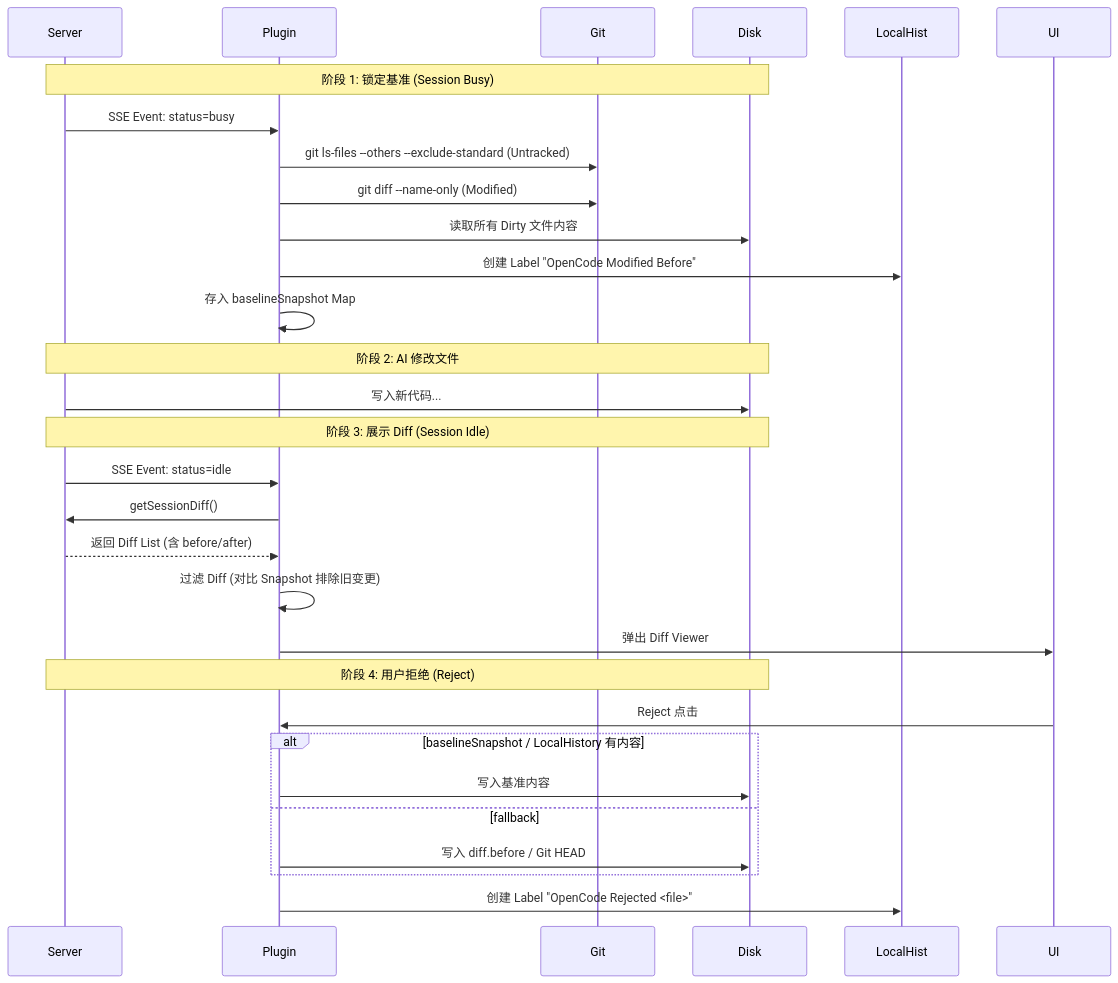
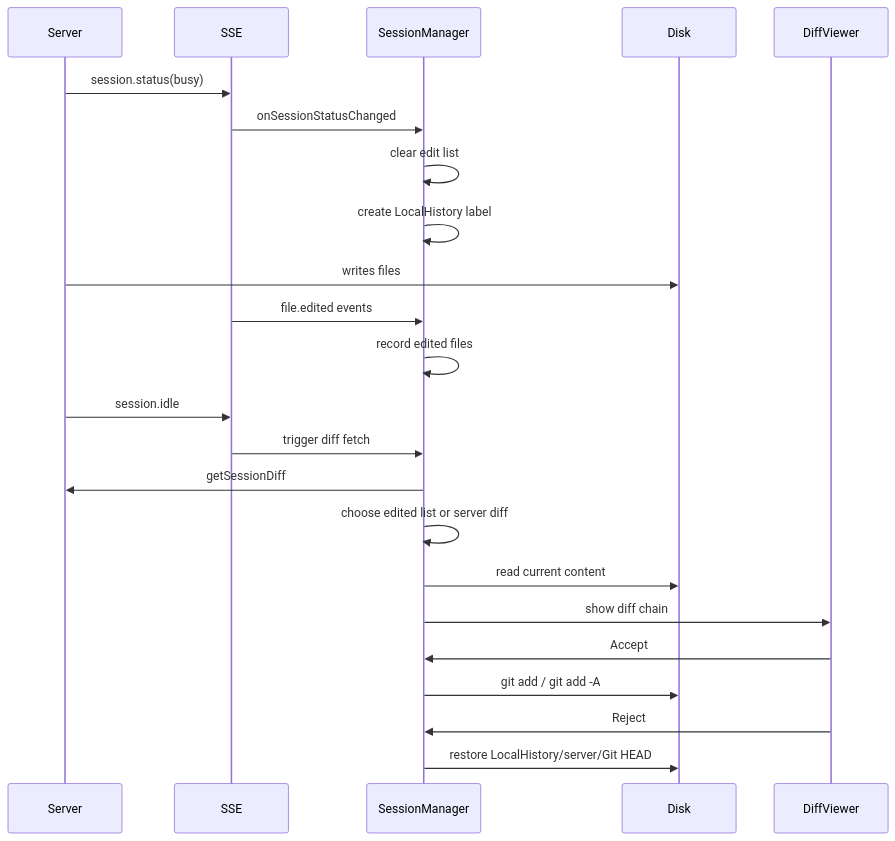
The second of 2 diagrams in designDocs/diff_feature_plan.md (LaiZhou/OpenCode_UI), drawn with Mermaid before and after one commit. The commit also changed other lines of this file and 5 other files, not shown here.

````diff
--- a/designDocs/diff_feature_plan.md
+++ b/designDocs/diff_feature_plan.md
@@ -109,36 +65,30 @@
 ```mermaid
 sequenceDiagram
     participant Server
-    participant Plugin
-    participant Git
+    participant SSE
+    participant SM as SessionManager
     participant Disk
+    participant Diff as DiffViewer
 
-    Note over Server, Disk: 阶段 1: 锁定基准 (Session Busy)
-    Server->>Plugin: SSE Event: status=busy
-    Plugin->>Git: git ls-files --others --exclude-standard (Untracked)
-    Plugin->>Git: git diff --name-only (Modified)
-    Plugin->>Disk: 读取所有 Dirty 文件内容
-Plugin->>LocalHist: 创建 Label "OpenCode Modified Before"
-Plugin->>Plugin: 存入 baselineSnapshot Map
+    Server->>SSE: session.status(busy)
+    SSE->>SM: onSessionStatusChanged
+    SM->>SM: clear edit list
+    SM->>SM: create LocalHistory label
 
+    Server->>Disk: writes files
+    SSE->>SM: file.edited events
+    SM->>SM: record edited files
 
-    Note over Server, Disk: 阶段 2: AI 修改文件
-    Server->>Disk: 写入新代码...
-    
-    Note over Server, Disk: 阶段 3: 展示 Diff (Session Idle)
-    Server->>Plugin: SSE Event: status=idle
-    Plugin->>Server: getSessionDiff()
-    Server-->>Plugin: 返回 Diff List (含 before/after)
-    Plugin->>Plugin: 过滤 Diff (对比 Snapshot 排除旧变更)
-    Plugin->>UI: 弹出 Diff Viewer
+    Server->>SSE: session.idle
+    SSE->>SM: trigger diff fetch
+    SM->>Server: getSessionDiff
+    SM->>SM: choose edited list or server diff
+    SM->>Disk: read current content
+    SM->>Diff: show diff chain
 
-Note over Server, Disk: 阶段 4: 用户拒绝 (Reject)
-UI->>Plugin: Reject 点击
-alt baselineSnapshot / LocalHistory 有内容
-    Plugin->>Disk: 写入基准内容
-else fallback
-    Plugin->>Disk: 写入 diff.before / Git HEAD
-end
-Plugin->>LocalHist: 创建 Label "OpenCode Rejected <file>"
+    Diff->>SM: Accept
+    SM->>Disk: git add / git add -A
 
+    Diff->>SM: Reject
+    SM->>Disk: restore LocalHistory/server/Git HEAD
 ```
````
